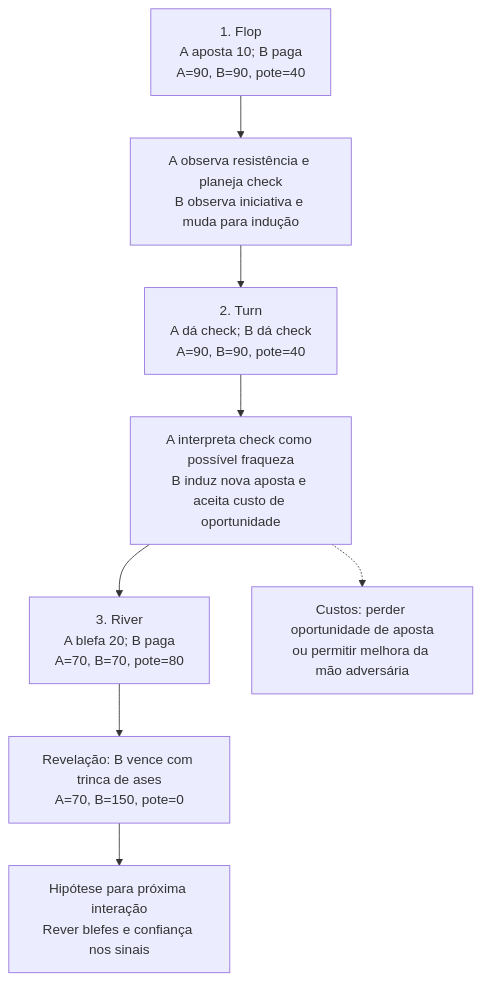
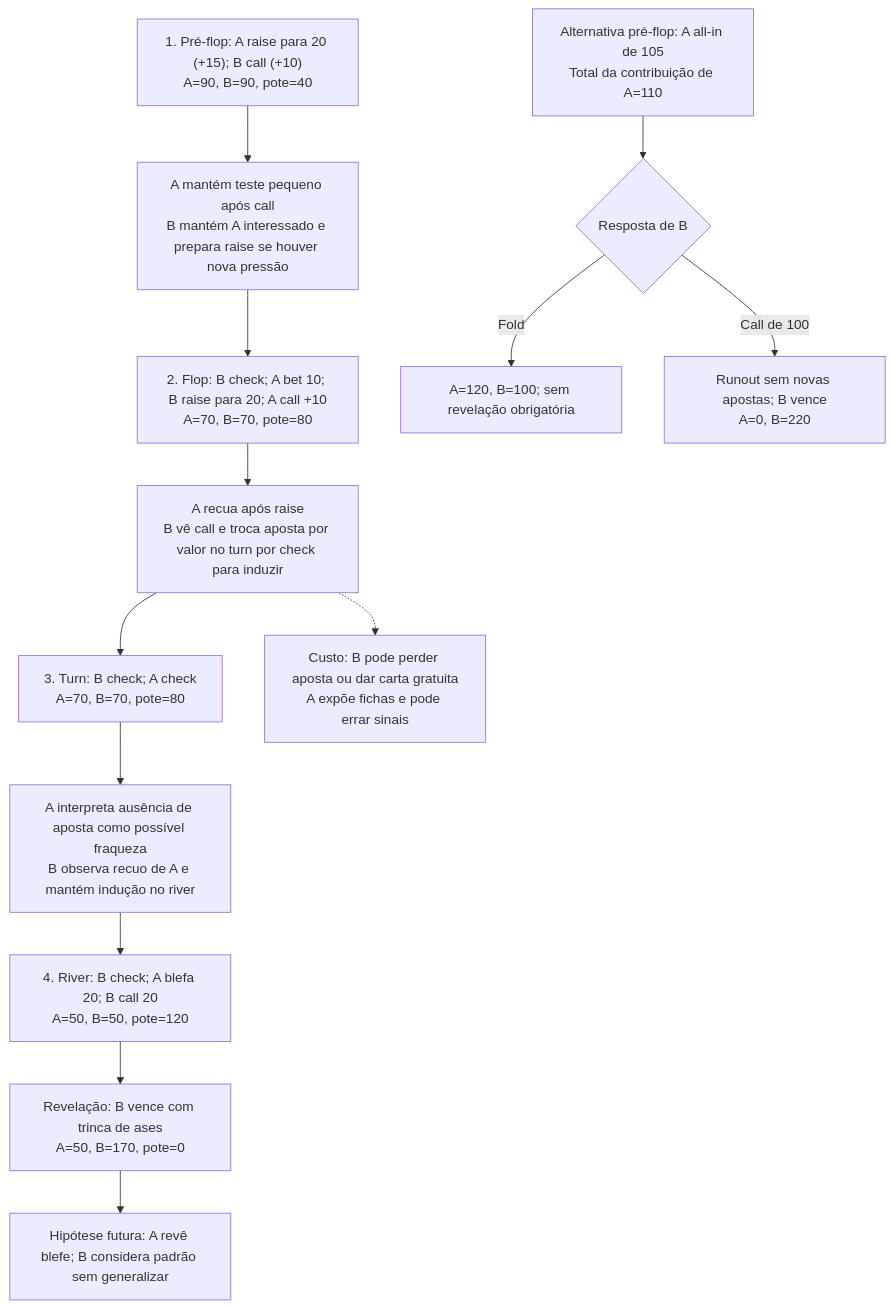
One commit to rafaelbtorres/Trabalho-1-Analise-de-Sistema-Adversarial changed the diagram in diagramas/ciclo-adaptativo.mmd. Above: the diagram before and after it, drawn with Mermaid. The commit also changed 16 other files, not shown here.

Commit message:
docs: inclui pré-flop, raise e all-in na análise de poker

```diff
--- a/diagramas/ciclo-adaptativo.mmd
+++ b/diagramas/ciclo-adaptativo.mmd
@@ -1,8 +1,13 @@
 flowchart TB
-    F["1. Flop<br/>A aposta 10; B paga<br/>A=90, B=90, pote=40"] --> O1["A observa resistência e planeja check<br/>B observa iniciativa e muda para indução"]
-    O1 --> T["2. Turn<br/>A dá check; B dá check<br/>A=90, B=90, pote=40"]
-    T --> O2["A interpreta check como possível fraqueza<br/>B induz nova aposta e aceita custo de oportunidade"]
-    O2 --> R["3. River<br/>A blefa 20; B paga<br/>A=70, B=70, pote=80"]
-    R --> S["Revelação: B vence com trinca de ases<br/>A=70, B=150, pote=0"]
-    S --> H["Hipótese para próxima interação<br/>Rever blefes e confiança nos sinais"]
-    O2 -.-> C["Custos: perder oportunidade de aposta<br/>ou permitir melhora da mão adversária"]
+    P["1. Pré-flop: A raise para 20 (+15); B call (+10)<br/>A=90, B=90, pote=40"] --> O1["A mantém teste pequeno após call<br/>B mantém A interessado e prepara raise se houver nova pressão"]
+    O1 --> F["2. Flop: B check; A bet 10; B raise para 20; A call +10<br/>A=70, B=70, pote=80"]
+    F --> O2["A recua após raise<br/>B vê call e troca aposta por valor no turn por check para induzir"]
+    O2 --> T["3. Turn: B check; A check<br/>A=70, B=70, pote=80"]
+    T --> O3["A interpreta ausência de aposta como possível fraqueza<br/>B observa recuo de A e mantém indução no river"]
+    O3 --> R["4. River: B check; A blefa 20; B call 20<br/>A=50, B=50, pote=120"]
+    R --> S["Revelação: B vence com trinca de ases<br/>A=50, B=170, pote=0"]
+    S --> H["Hipótese futura: A revê blefe; B considera padrão sem generalizar"]
+    O2 -.-> C["Custo: B pode perder aposta ou dar carta gratuita<br/>A expõe fichas e pode errar sinais"]
+    I["Alternativa pré-flop: A all-in de 105<br/>Total da contribuição de A=110"] --> D{"Resposta de B"}
+    D -->|Fold| W["A=120, B=100; sem revelação obrigatória"]
+    D -->|Call de 100| U["Runout sem novas apostas; B vence<br/>A=0, B=220"]
```
